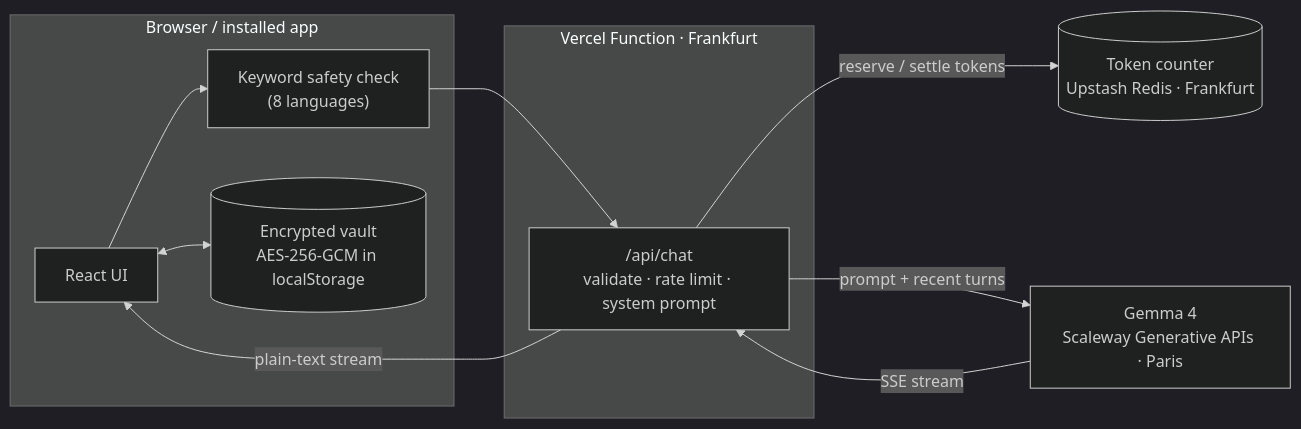
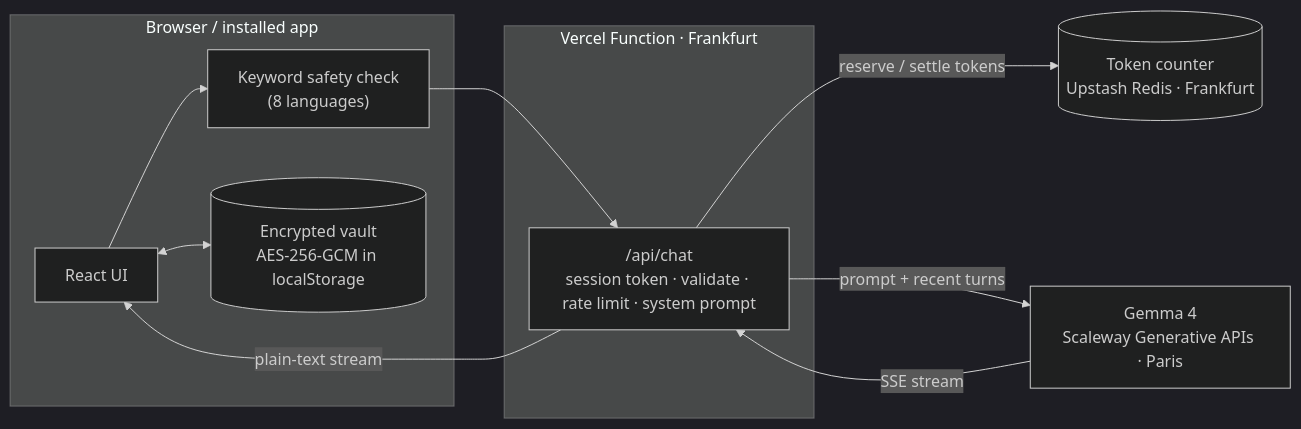
The diagram in README.md (adaalkimacikyoll/Dilo-AI-Emotional-Support-Companion), drawn with Mermaid (dark theme) before and after one commit. The commit also changed other lines of this file and 10 other files, not shown here.

First line of the commit message:
Security hardening: consent-bound session tokens for /api/chat, shared Redis rate limits, CSP, no plaintext leftovers

````diff
--- a/README.md
+++ b/README.md
@@ -52,19 +52,19 @@
 ```mermaid
 flowchart LR
   subgraph Device["Browser / installed app"]
     UI["React UI"]
     KW["Keyword safety check<br/>(8 languages)"]
     V[("Encrypted vault<br/>AES-256-GCM in localStorage")]
   end
   subgraph Vercel["Vercel Function · Frankfurt"]
-    API["/api/chat<br/>validate · rate limit · system prompt"]
+    API["/api/chat<br/>session token · validate · rate limit · system prompt"]
   end
   KV[("Token counter<br/>Upstash Redis · Frankfurt")]
   AI["Gemma 4<br/>Scaleway Generative APIs · Paris"]
 
   UI --> KW --> API
   UI <--> V
   API -- "reserve / settle tokens" --> KV
   API -- "prompt + recent turns" --> AI
   AI -- "SSE stream" --> API -- "plain-text stream" --> UI
 ```
````
